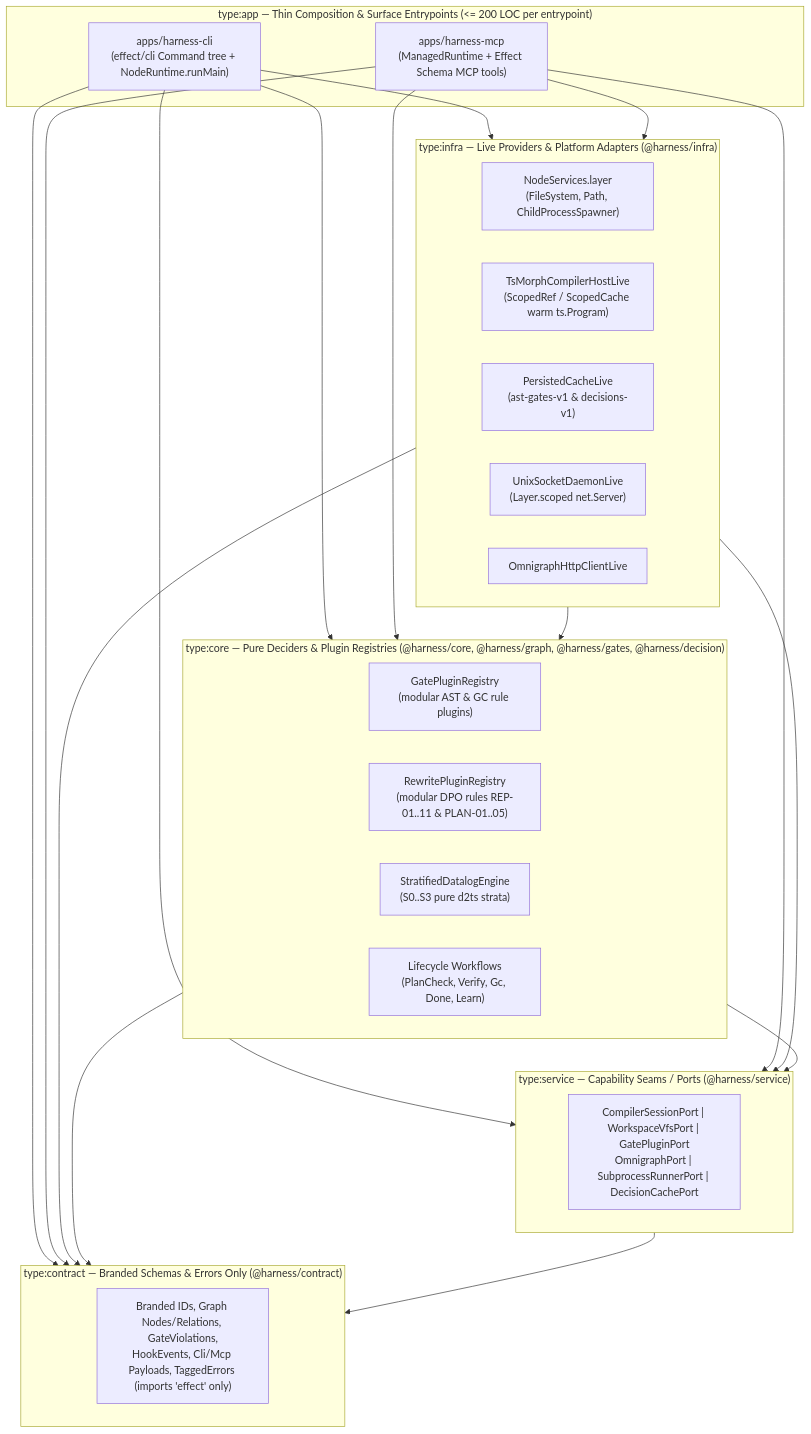
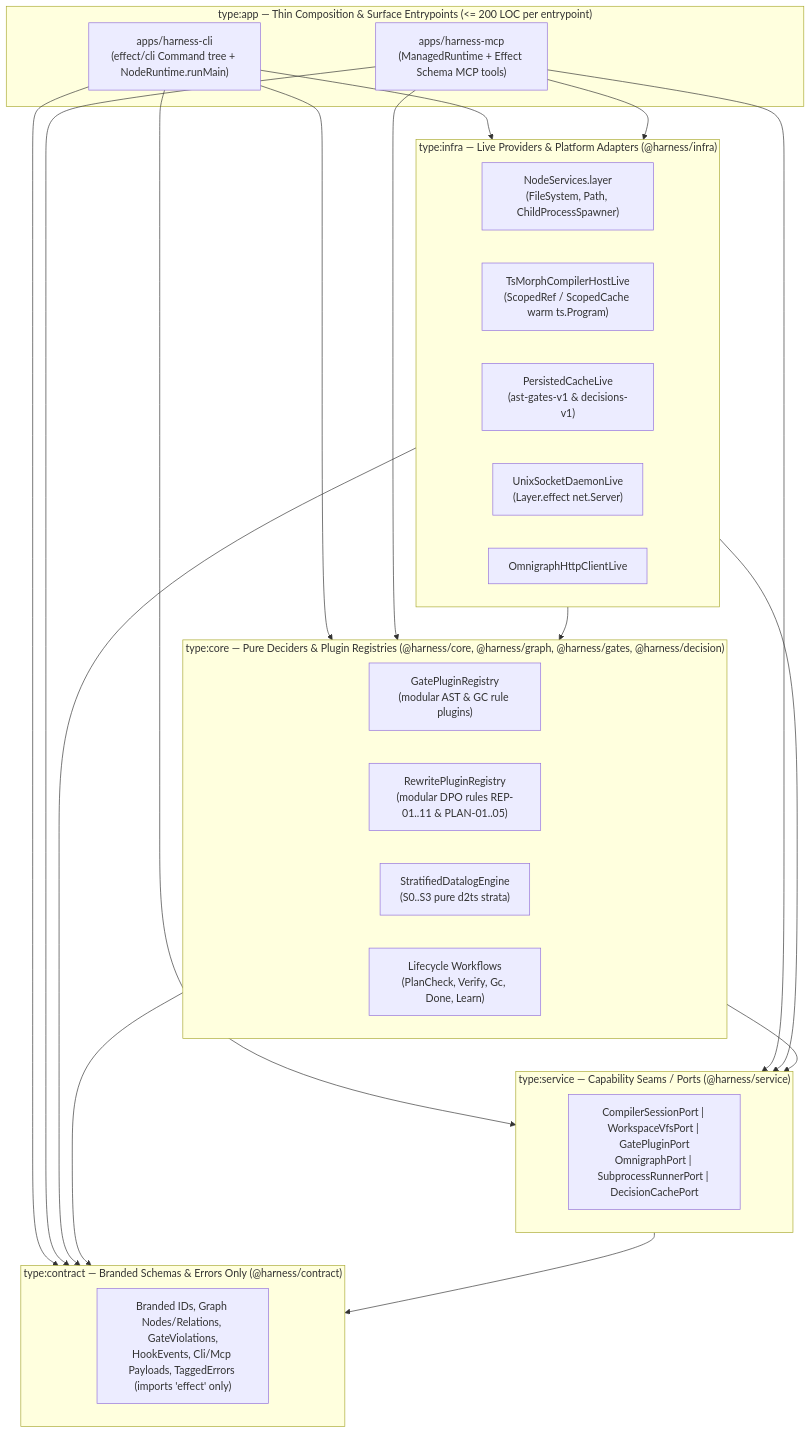
Before and after one commit to selmeci/effect-ts-harness: the diagram in docs/rfcs/0007-self-dogfooding-audit-and-modular-plugin-harness-architecture.md, drawn with Mermaid. The commit also changed other lines of this file and 25 other files, not shown here.

````diff
--- a/docs/rfcs/0007-self-dogfooding-audit-and-modular-plugin-harness-architecture.md
+++ b/docs/rfcs/0007-self-dogfooding-audit-and-modular-plugin-harness-architecture.md
@@ -250,35 +257,35 @@
 ```mermaid
 flowchart TB
   subgraph Apps["type:app — Thin Composition & Surface Entrypoints (<= 200 LOC per entrypoint)"]
     CLI["apps/harness-cli\n(effect/cli Command tree + NodeRuntime.runMain)"]
     MCP["apps/harness-mcp\n(ManagedRuntime + Effect Schema MCP tools)"]
   end
 
   subgraph Infra["type:infra — Live Providers & Platform Adapters (@harness/infra)"]
     NODE["NodeServices.layer\n(FileSystem, Path, ChildProcessSpawner)"]
     TS_HOST["TsMorphCompilerHostLive\n(ScopedRef / ScopedCache warm ts.Program)"]
     CACHE_LIVE["PersistedCacheLive\n(ast-gates-v1 & decisions-v1)"]
-    DAEMON_LIVE["UnixSocketDaemonLive\n(Layer.scoped net.Server)"]
+    DAEMON_LIVE["UnixSocketDaemonLive\n(Layer.effect net.Server)"]
     OMNI_LIVE["OmnigraphHttpClientLive"]
   end
 
   subgraph Core["type:core — Pure Deciders & Plugin Registries (@harness/core, @harness/graph, @harness/gates, @harness/decision)"]
     GATE_REG["GatePluginRegistry\n(modular AST & GC rule plugins)"]
     DPO_REG["RewritePluginRegistry\n(modular DPO rules REP-01..11 & PLAN-01..05)"]
     DL_ENG["StratifiedDatalogEngine\n(S0..S3 pure d2ts strata)"]
     LC_FLOW["Lifecycle Workflows\n(PlanCheck, Verify, Gc, Done, Learn)"]
   end
 
   subgraph Service["type:service — Capability Seams / Ports (@harness/service)"]
     PORTS["CompilerSessionPort | WorkspaceVfsPort | GatePluginPort\nOmnigraphPort | SubprocessRunnerPort | DecisionCachePort"]
   end
 
   subgraph Contract["type:contract — Branded Schemas & Errors Only (@harness/contract)"]
     SCHEMAS["Branded IDs, Graph Nodes/Relations, GateViolations,\nHookEvents, Cli/Mcp Payloads, TaggedErrors (imports 'effect' only)"]
   end
 
   CLI & MCP --> Infra & Core & Service & Contract
   Infra --> Core & Service & Contract
   Core --> Service & Contract
   Service --> Contract
 ```
````
